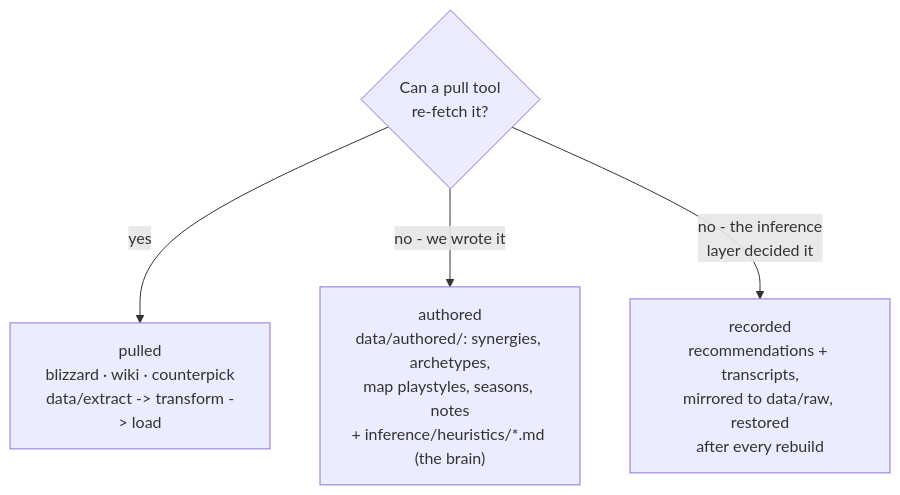
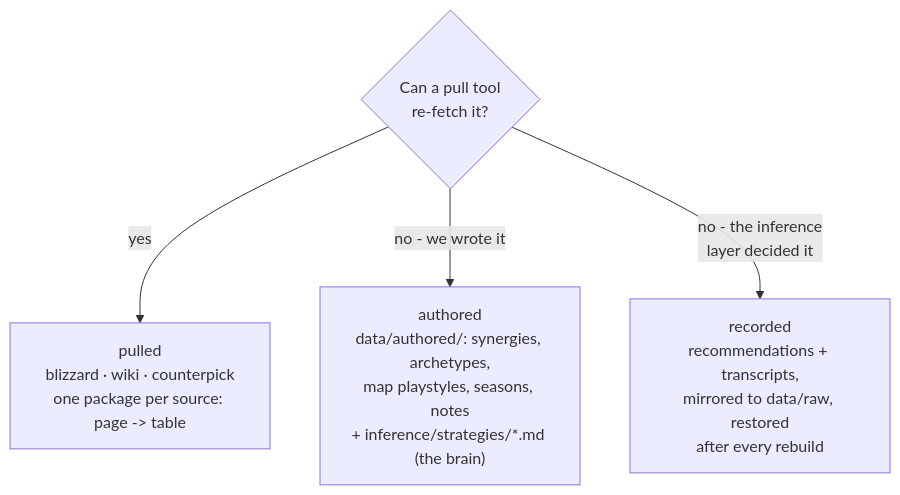
The fifth of 6 diagrams in docs/architecture.md (mmikol/counter-utility-matrix), drawn with Mermaid before and after one commit. The commit also changed other lines of this file and 179 other files, not shown here.

````diff
--- a/docs/architecture.md
+++ b/docs/architecture.md
@@ -163,7 +167,7 @@
 ```mermaid
 flowchart TD
     Q{"Can a pull tool<br/>re-fetch it?"}
-    Q -->|"yes"| F["pulled<br/>blizzard · wiki · counterpick<br/>data/extract -> transform -> load"]
-    Q -->|"no - we wrote it"| A["authored<br/>data/authored/: synergies, archetypes,<br/>map playstyles, seasons, notes<br/>+ inference/heuristics/*.md (the brain)"]
+    Q -->|"yes"| F["pulled<br/>blizzard · wiki · counterpick<br/>one package per source: page -> table"]
+    Q -->|"no - we wrote it"| A["authored<br/>data/authored/: synergies, archetypes,<br/>map playstyles, seasons, notes<br/>+ inference/strategies/*.md (the brain)"]
     Q -->|"no - the inference<br/>layer decided it"| R["recorded<br/>recommendations + transcripts,<br/>mirrored to data/raw, restored<br/>after every rebuild"]
 ```
````
